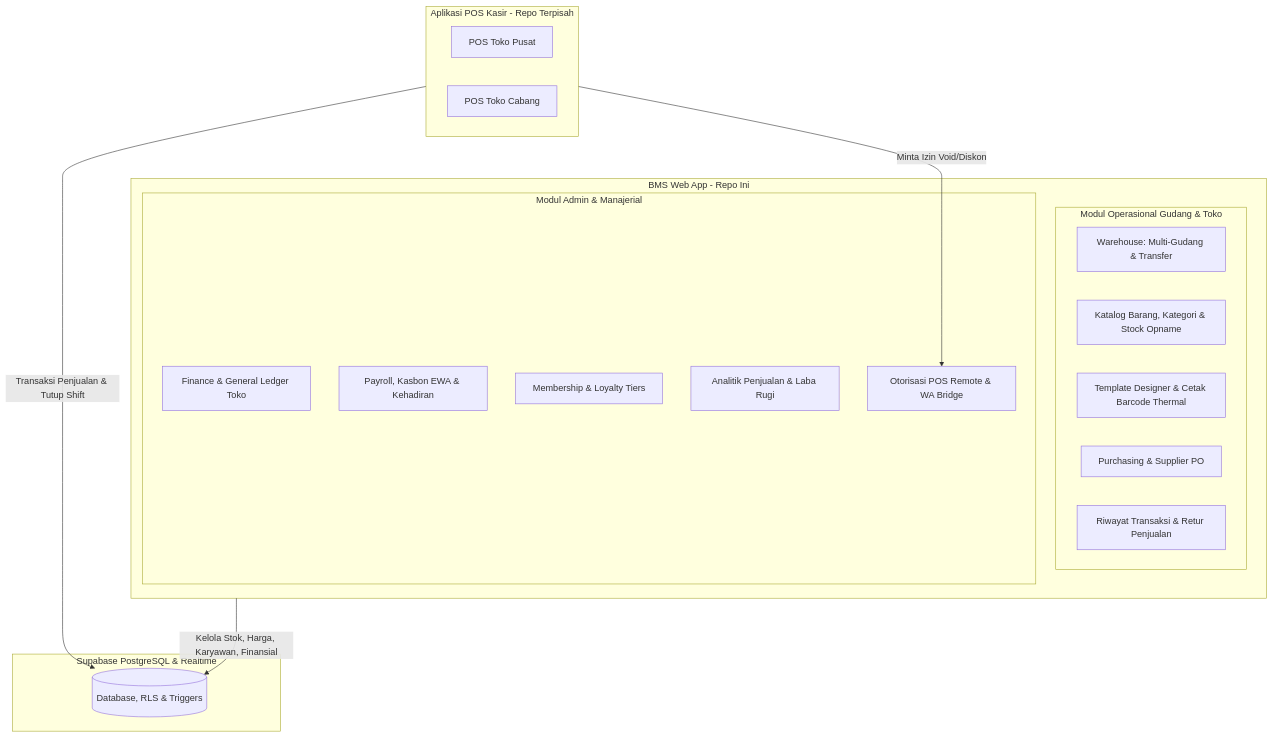
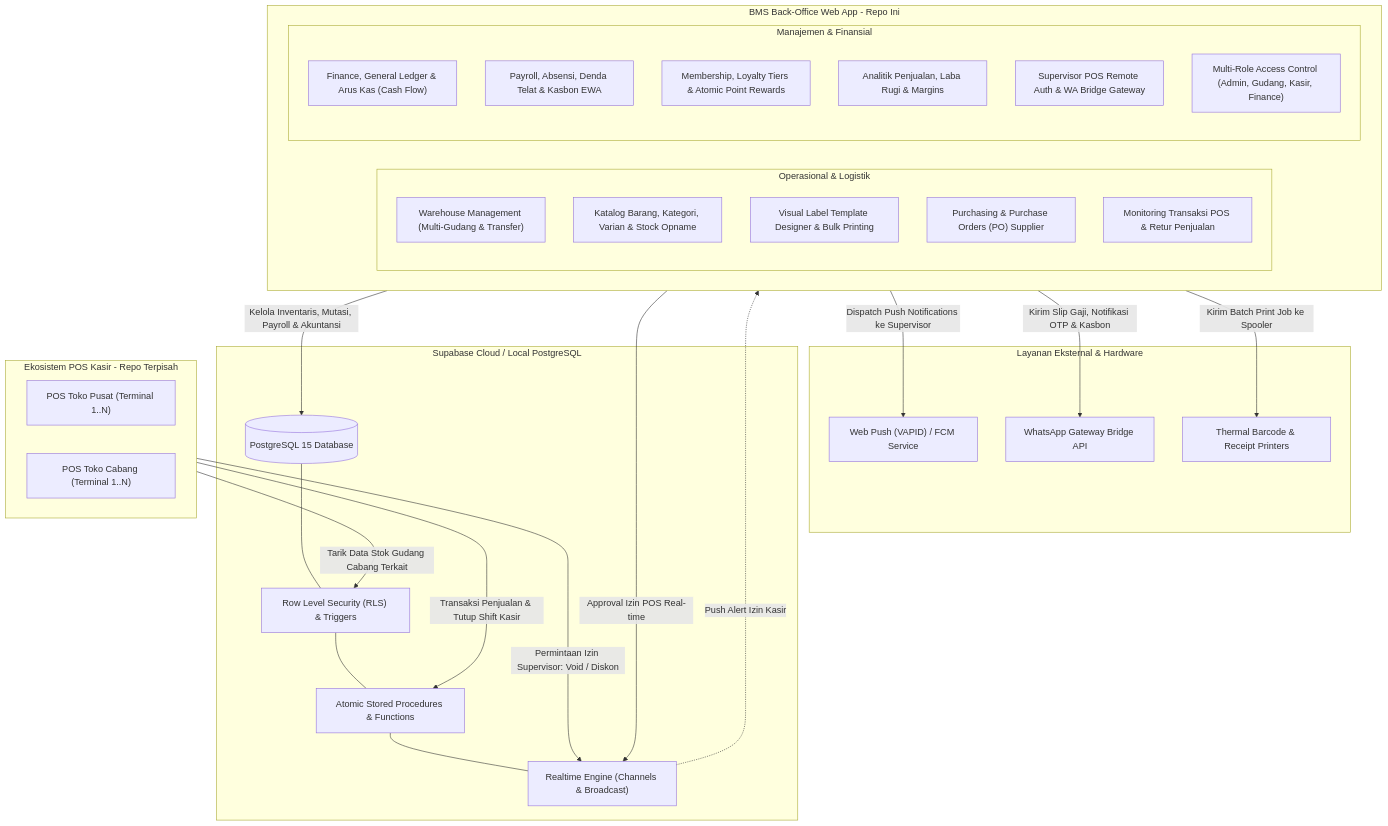
Before and after one commit to muhammadhafla/bms-bagus: the diagram in README.md, drawn with Mermaid. The commit also changed other lines of this file, not shown here.

Commit message:
docs: update README with comprehensive system architecture, modules, and API guide

````diff
--- a/README.md
+++ b/README.md
@@ -14,33 +14,54 @@
 ```mermaid
 flowchart TD
-    subgraph PosClient [Aplikasi POS Kasir - Repo Terpisah]
-        POS1[POS Toko Pusat]
-        POS2[POS Toko Cabang]
+    subgraph PosEcosystem [Ekosistem POS Kasir - Repo Terpisah]
+        POS1["POS Toko Pusat (Terminal 1..N)"]
+        POS2["POS Toko Cabang (Terminal 1..N)"]
     end
 
-    subgraph BMSApp [BMS Web App - Repo Ini]
-        subgraph Modul Operasional Gudang & Toko
-            WMS[Warehouse: Multi-Gudang & Transfer]
-            Inv[Katalog Barang, Kategori & Stock Opname]
-            Print[Template Designer & Cetak Barcode Thermal]
-            Purchasing[Purchasing & Supplier PO]
-            TrxHistory[Riwayat Transaksi & Retur Penjualan]
+    subgraph BMSApp [BMS Back-Office Web App - Repo Ini]
+        subgraph Operations [Operasional & Logistik]
+            WMS["Warehouse Management (Multi-Gudang & Transfer)"]
+            Inv["Katalog Barang, Kategori, Varian & Stock Opname"]
+            PrintEngine["Visual Label Template Designer & Bulk Printing"]
+            Purchasing["Purchasing & Purchase Orders (PO) Supplier"]
+            TrxHistory["Monitoring Transaksi POS & Retur Penjualan"]
         end
 
-        subgraph Modul Admin & Manajerial
-            Finance[Finance & General Ledger Toko]
-            Payroll[Payroll, Kasbon EWA & Kehadiran]
-            Members[Membership & Loyalty Tiers]
-            Analytics[Analitik Penjualan & Laba Rugi]
-            AdminHub[Otorisasi POS Remote & WA Bridge]
+        subgraph Management [Manajemen & Finansial]
+            Finance["Finance, General Ledger & Arus Kas (Cash Flow)"]
+            Payroll["Payroll, Absensi, Denda Telat & Kasbon EWA"]
+            Loyalty["Membership, Loyalty Tiers & Atomic Point Rewards"]
+            Analytics["Analitik Penjualan, Laba Rugi & Margins"]
+            AdminHub["Supervisor POS Remote Auth & WA Bridge Gateway"]
+            RBAC["Multi-Role Access Control (Admin, Gudang, Kasir, Finance)"]
         end
     end
 
-    subgraph SupabaseDB [Supabase PostgreSQL & Realtime]
-        DB[(Database, RLS & Triggers)]
+    subgraph ExternalServices [Layanan Eksternal & Hardware]
+        PushService["Web Push (VAPID) / FCM Service"]
+        WAGateway["WhatsApp Gateway Bridge API"]
+        ThermalServer["Thermal Barcode & Receipt Printers"]
     end
 
-    PosClient -->|Transaksi Penjualan & Tutup Shift| DB
-    PosClient -->|Minta Izin Void/Diskon| AdminHub
-    BMSApp -->|Kelola Stok, Harga, Karyawan, Finansial| DB
+    subgraph SupabasePlatform [Supabase Cloud / Local PostgreSQL]
+        DB[("PostgreSQL 15 Database")]
+        RLS["Row Level Security (RLS) & Triggers"]
+        RPC["Atomic Stored Procedures & Functions"]
+        Realtime["Realtime Engine (Channels & Broadcast)"]
+    end
+
+    PosEcosystem -->|Transaksi Penjualan & Tutup Shift Kasir| RPC
+    PosEcosystem -->|Permintaan Izin Supervisor: Void / Diskon| Realtime
+    PosEcosystem -->|Tarik Data Stok Gudang Cabang Terkait| RLS
+
+    BMSApp -->|Kelola Inventaris, Mutasi, Payroll & Akuntansi| DB
+    BMSApp -->|Approval Izin POS Real-time| Realtime
+    BMSApp -->|Dispatch Push Notifications ke Supervisor| PushService
+    BMSApp -->|Kirim Slip Gaji, Notifikasi OTP & Kasbon| WAGateway
+    BMSApp -->|Kirim Batch Print Job ke Spooler| ThermalServer
+
+    Realtime -.->|Push Alert Izin Kasir| BMSApp
+    DB --- RLS
+    RLS --- RPC
+    RPC --- Realtime
 ```
````
